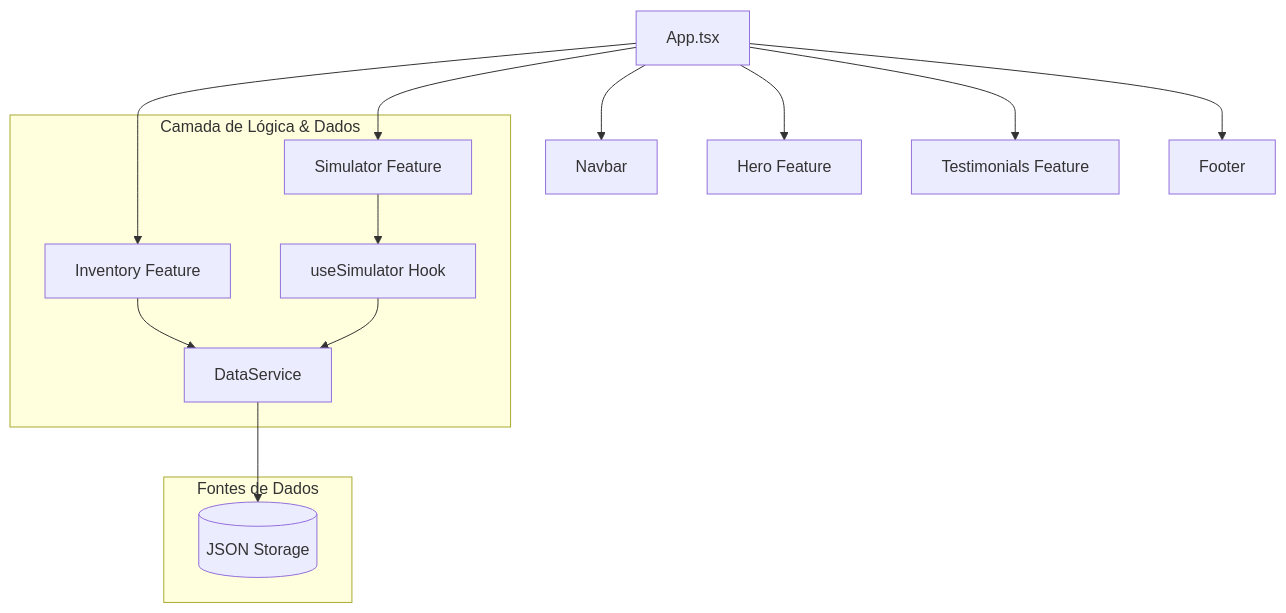
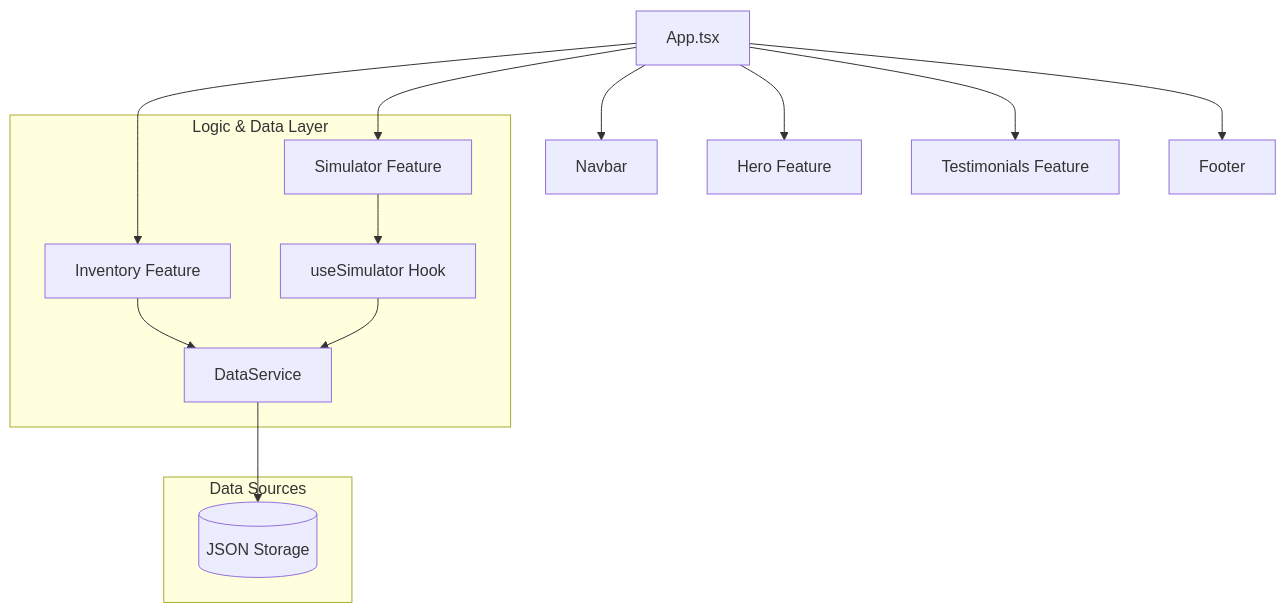
The diagram in README.md (Isllanrx/Site_Comercial), drawn with Mermaid before and after one commit. The commit also changed other lines of this file, not shown here.

````diff
--- a/README.md
+++ b/README.md
@@ -9,19 +19,19 @@
 ```mermaid
 graph TD
     App[App.tsx] --> Nav[Navbar]
     App --> Hero[Hero Feature]
     App --> Inv[Inventory Feature]
     App --> Sim[Simulator Feature]
     App --> Test[Testimonials Feature]
     App --> Foot[Footer]
 
-    subgraph "Camada de Lógica & Dados"
+    subgraph Logic_and_Data_Layer [Logic & Data Layer]
         Sim --> useSim[useSimulator Hook]
         Inv --> DataSvc[DataService]
         useSim --> DataSvc
     end
 
-    subgraph "Fontes de Dados"
+    subgraph Data_Sources [Data Sources]
         DataSvc --> JSON[(JSON Storage)]
     end
 ```
````
